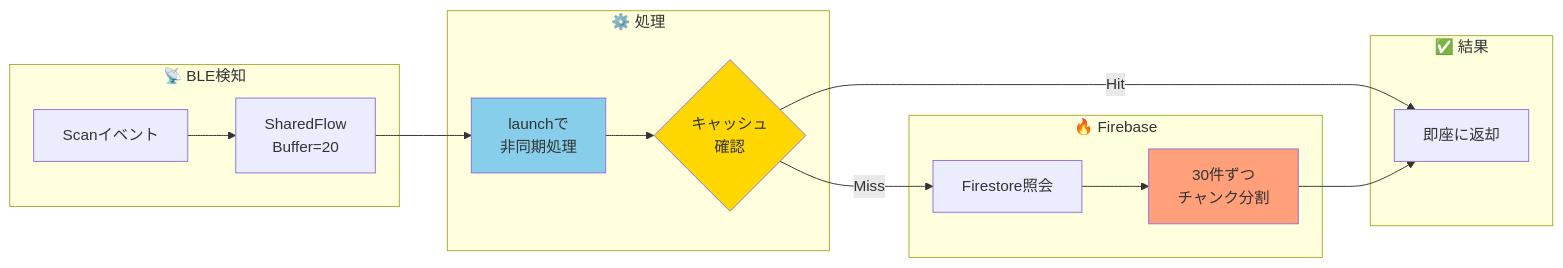
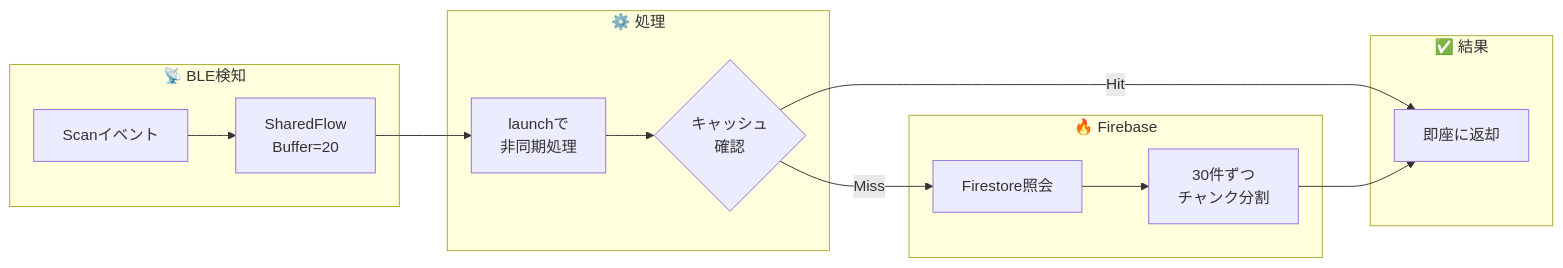
One commit to razy6174/EnCounter changed diagram 13 of 14 in docs/backend-specification.md. Above: the diagram before and after it, drawn with Mermaid. The commit also changed other lines of this file and 1 other file, not shown here.

````diff
--- a/docs/backend-specification.md
+++ b/docs/backend-specification.md
@@ -945,25 +933,21 @@
 ```mermaid
 flowchart LR
     subgraph BLE["📡 BLE検知"]
         Scan[Scanイベント] --> Buffer[SharedFlow<br/>Buffer=20]
     end
     
     subgraph Process["⚙️ 処理"]
         Buffer --> Async[launchで<br/>非同期処理]
         Async --> Cache{キャッシュ<br/>確認}
     end
     
     subgraph Firebase["🔥 Firebase"]
         Cache -->|Miss| Query[Firestore照会]
         Query --> Chunk[30件ずつ<br/>チャンク分割]
     end
     
     subgraph Result["✅ 結果"]
         Cache -->|Hit| Return[即座に返却]
         Chunk --> Return
     end
-    
-    style Cache fill:#FFD700
-    style Async fill:#87CEEB
-    style Chunk fill:#FFA07A
 ```
````
